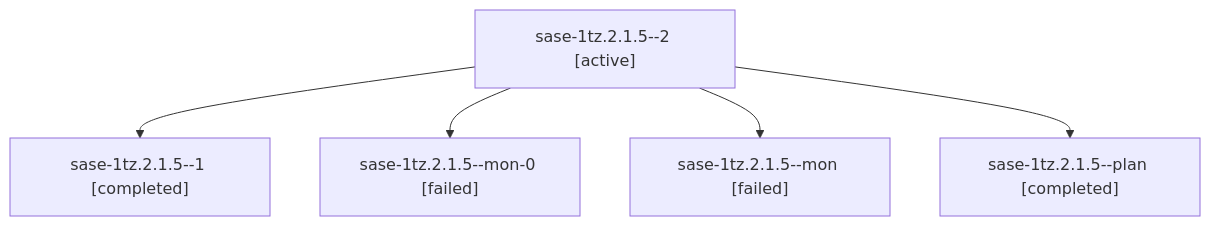
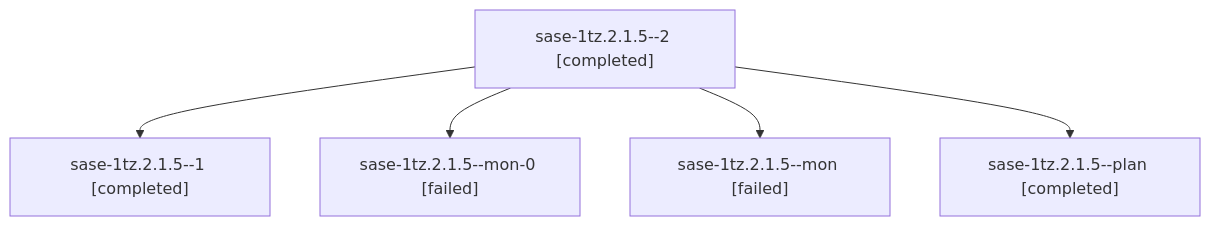
One commit to sase-org/sase--agents changed the diagram in sessions/bbugyi200.athena.sase-1tz.2.1.5.md. Above: the diagram before and after it, drawn with Mermaid. The commit also changed other lines of this file and 51 other files, not shown here.

````diff
--- a/sessions/bbugyi200.athena.sase-1tz.2.1.5.md
+++ b/sessions/bbugyi200.athena.sase-1tz.2.1.5.md
@@ -9,12 +9,12 @@
 ```mermaid
 flowchart TD
-  n0["sase-1tz.2.1.5--2 [active]"]
+  n0["sase-1tz.2.1.5--2 [completed]"]
   n1["sase-1tz.2.1.5--1 [completed]"]
   n0 --> n1
   n2["sase-1tz.2.1.5--mon-0 [failed]"]
   n0 --> n2
   n3["sase-1tz.2.1.5--mon [failed]"]
   n0 --> n3
   n4["sase-1tz.2.1.5--plan [completed]"]
   n0 --> n4
 ```
````
